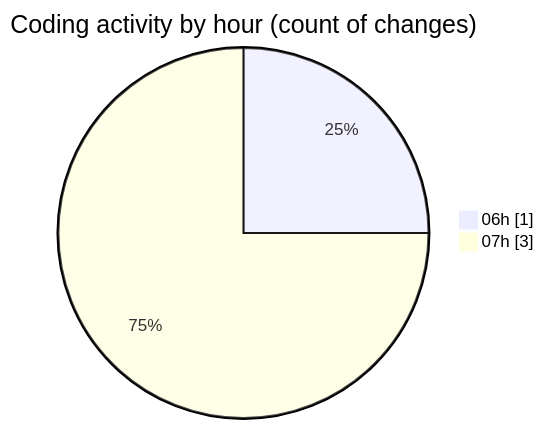
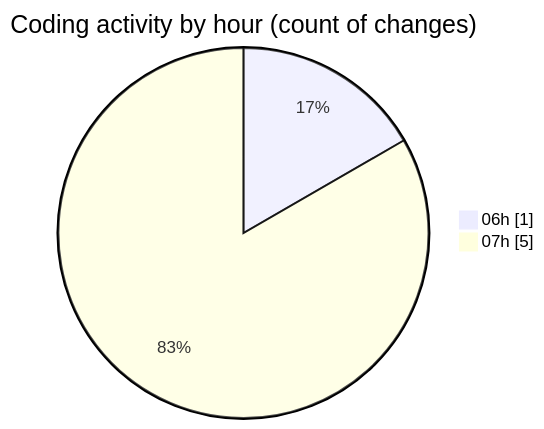
Before and after one commit to vahidmafi/code-tracking: the second of 2 diagrams in 2025-04-10/zeytoon/README.md, drawn with Mermaid. The commit also changed other lines of this file and 1 other file, not shown here.

````diff
--- a/2025-04-10/zeytoon/README.md
+++ b/2025-04-10/zeytoon/README.md
@@ -29,6 +29,6 @@
 ```mermaid
 pie showData
 title Coding activity by hour (count of changes)
 "06h" : 1
-"07h" : 3
+"07h" : 5
 ```
````
